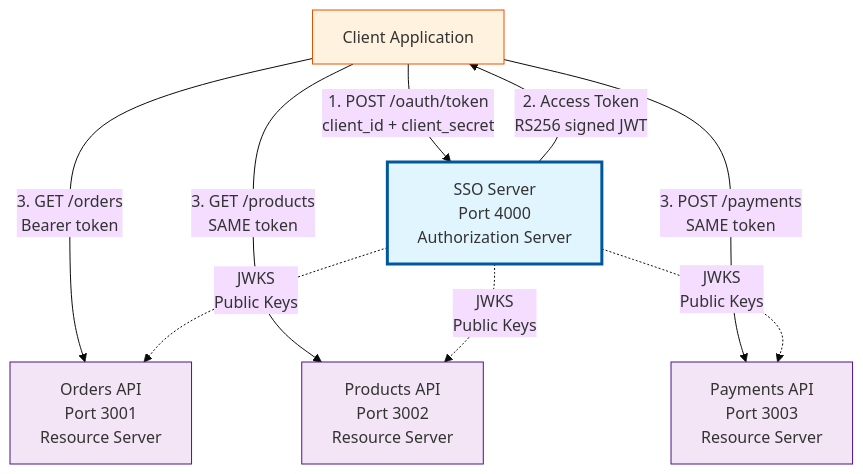
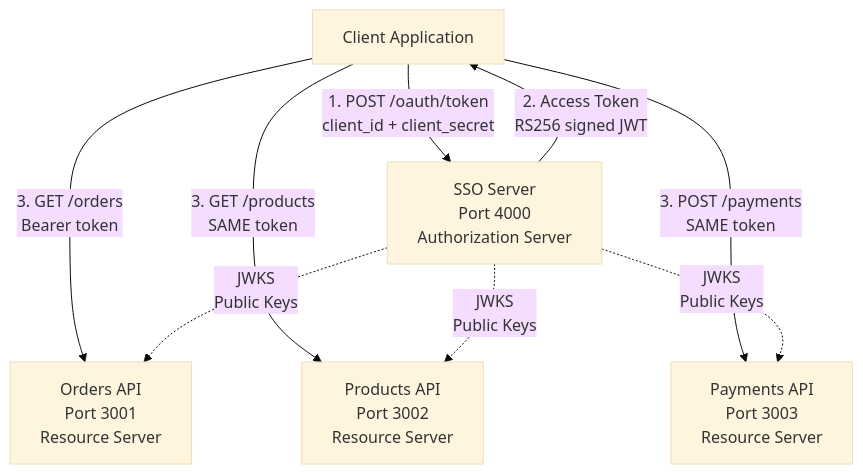
Before and after one commit to forattini-dev/s3db.js: the first of 3 diagrams in docs/plugins/identity.md, drawn with Mermaid (base theme). The commit also changed other lines of this file and 5 other files, not shown here.

First line of the commit message:
docs: remove all styles and emojis from Mermaid diagrams for dark mode compatibility

````diff
--- a/docs/plugins/identity.md
+++ b/docs/plugins/identity.md
@@ -1176,25 +1176,20 @@
 ```mermaid
 graph TB
     Client[Client Application]
     SSO[SSO Server<br/>Port 4000<br/>Authorization Server]
     Orders[Orders API<br/>Port 3001<br/>Resource Server]
     Products[Products API<br/>Port 3002<br/>Resource Server]
     Payments[Payments API<br/>Port 3003<br/>Resource Server]
 
     Client -->|1. POST /oauth/token<br/>client_id + client_secret| SSO
     SSO -->|2. Access Token<br/>RS256 signed JWT| Client
 
     Client -->|3. GET /orders<br/>Bearer token| Orders
     Client -->|3. GET /products<br/>SAME token| Products
     Client -->|3. POST /payments<br/>SAME token| Payments
 
     SSO -.->|JWKS<br/>Public Keys| Orders
     SSO -.->|JWKS<br/>Public Keys| Products
     SSO -.->|JWKS<br/>Public Keys| Payments
 
-    style SSO fill:#e1f5ff,stroke:#01579b,stroke-width:3px
-    style Orders fill:#f3e5f5,stroke:#4a148c
-    style Products fill:#f3e5f5,stroke:#4a148c
-    style Payments fill:#f3e5f5,stroke:#4a148c
-    style Client fill:#fff3e0,stroke:#e65100
 ```
````
